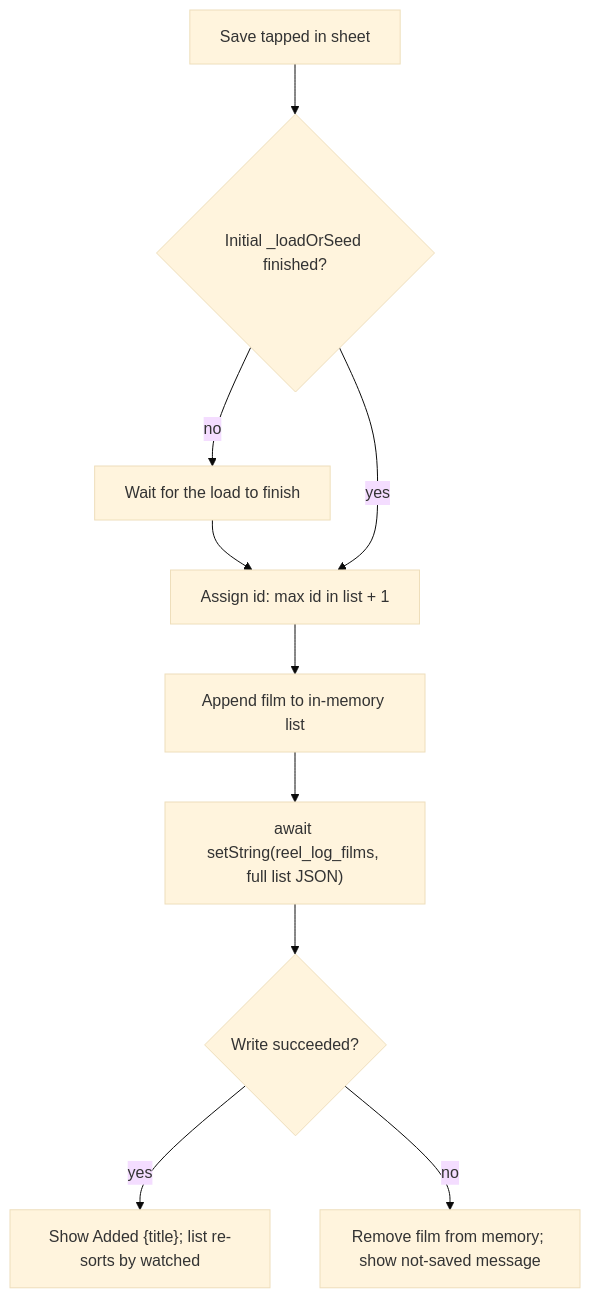
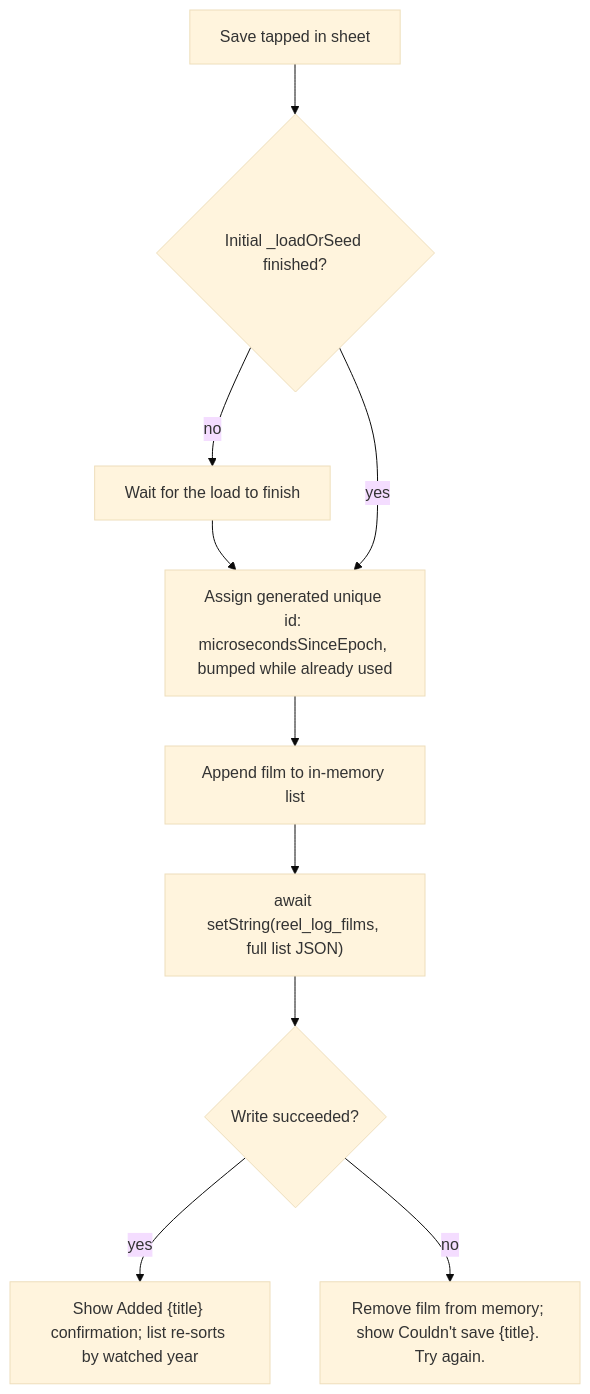
The second of 2 diagrams in openspec/changes/log-a-film/design.md (redge-aw/reel_log), drawn with Mermaid (base theme) before and after one commit. The commit also changed other lines of this file and 3 other files, not shown here.

Commit message:
Refactor film logging specifications: update watched date to watched year, clarify JSON handling, and enhance validation messages

````diff
--- a/openspec/changes/log-a-film/design.md
+++ b/openspec/changes/log-a-film/design.md
@@ -62,13 +74,14 @@
 ```mermaid
 flowchart TD
     SaveTapped["Save tapped in sheet"]
     SaveTapped --> LoadDone{Initial _loadOrSeed finished?}
     LoadDone -->|no| WaitLoad["Wait for the load to finish"]
-    WaitLoad --> ComputeId["Assign id: max id in list + 1"]
+    WaitLoad --> ComputeId["Assign generated unique id: microsecondsSinceEpoch, bumped while already used"]
     LoadDone -->|yes| ComputeId
     ComputeId --> Append["Append film to in-memory list"]
     Append --> WriteList["await setString(reel_log_films, full list JSON)"]
+
     WriteList --> WriteOk{Write succeeded?}
-    WriteOk -->|yes| Confirm["Show Added {title}; list re-sorts by watched"]
-    WriteOk -->|no| Rollback["Remove film from memory; show not-saved message"]
+    WriteOk -->|yes| Confirm["Show Added {title} confirmation; list re-sorts by watched year"]
+    WriteOk -->|no| Rollback["Remove film from memory; show Couldn't save {title}. Try again."]
 ```
````
